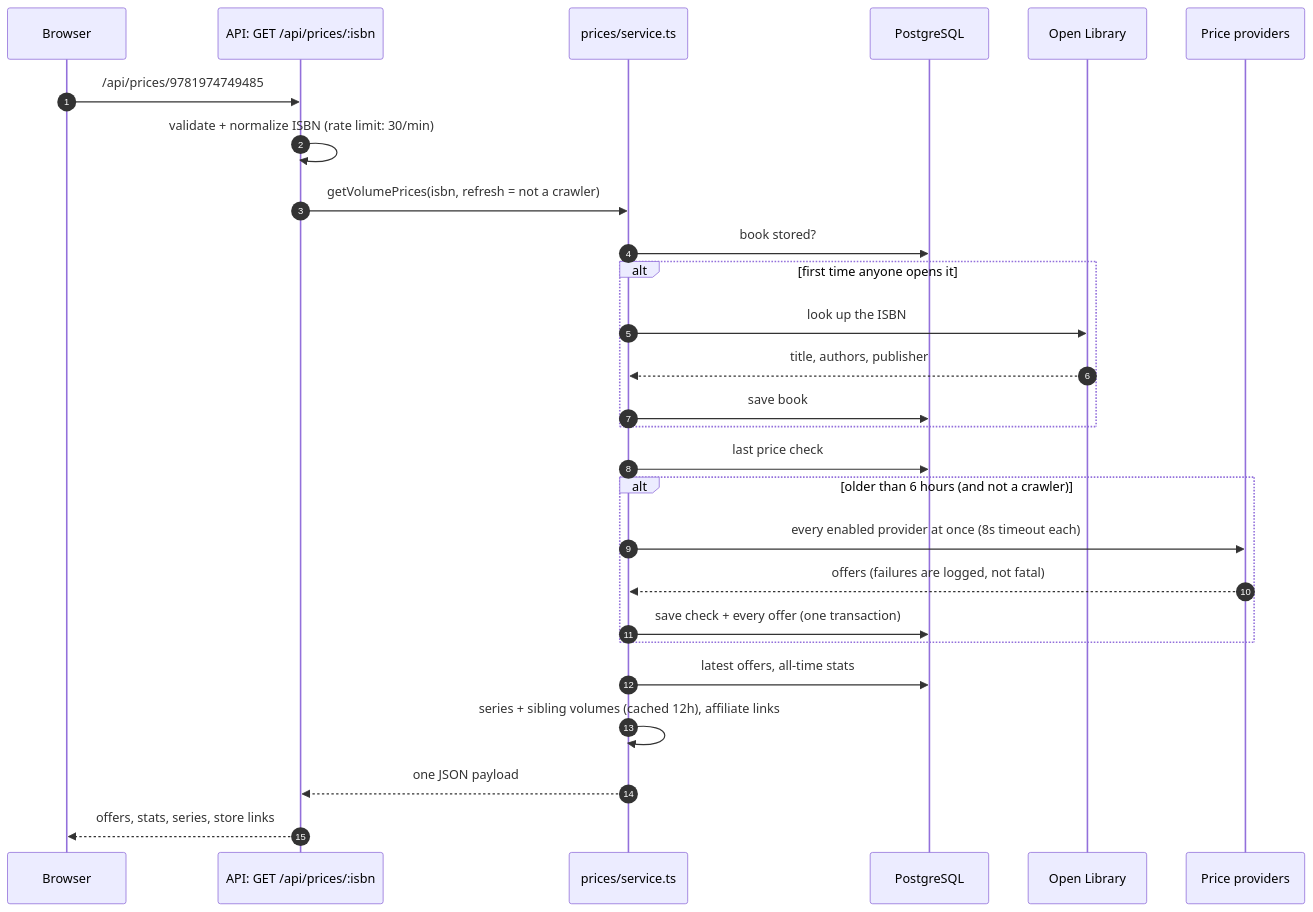
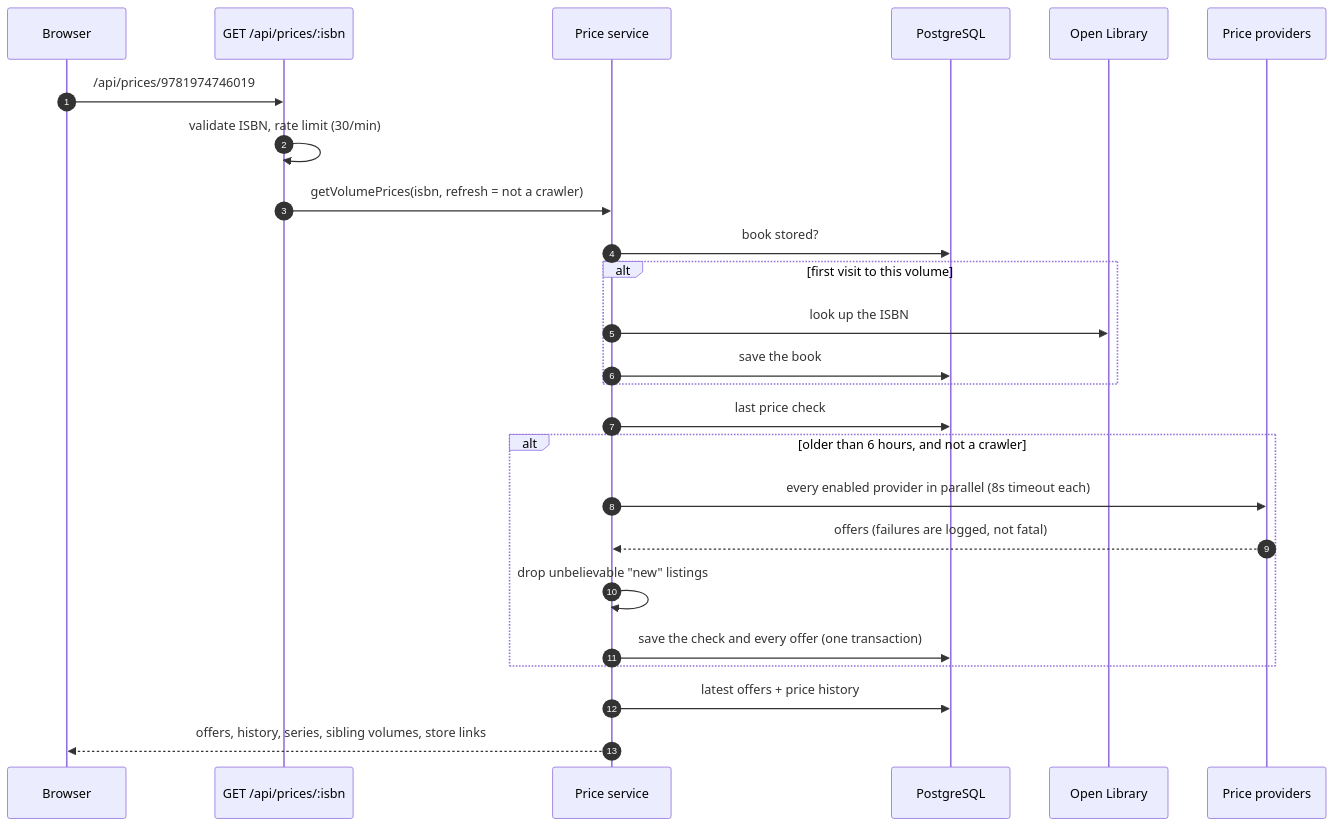
The third of 6 diagrams in README.md (Shriyashzzz/mangaTracker), drawn with Mermaid before and after one commit. The commit also changed other lines of this file and 1 other file, not shown here.

````diff
--- a/README.md
+++ b/README.md
@@ -107,30 +123,28 @@
 ```mermaid
 sequenceDiagram
   autonumber
   participant B as Browser
-  participant A as API: GET /api/prices/:isbn
-  participant S as prices/service.ts
+  participant A as GET /api/prices/:isbn
+  participant S as Price service
   participant DB as PostgreSQL
   participant OL as Open Library
   participant P as Price providers
 
-  B->>A: /api/prices/9781974749485
-  A->>A: validate + normalize ISBN (rate limit: 30/min)
+  B->>A: /api/prices/9781974746019
+  A->>A: validate ISBN, rate limit (30/min)
   A->>S: getVolumePrices(isbn, refresh = not a crawler)
   S->>DB: book stored?
-  alt first time anyone opens it
+  alt first visit to this volume
     S->>OL: look up the ISBN
-    OL-->>S: title, authors, publisher
-    S->>DB: save book
+    S->>DB: save the book
   end
   S->>DB: last price check
-  alt older than 6 hours (and not a crawler)
-    S->>P: every enabled provider at once (8s timeout each)
+  alt older than 6 hours, and not a crawler
+    S->>P: every enabled provider in parallel (8s timeout each)
     P-->>S: offers (failures are logged, not fatal)
-    S->>DB: save check + every offer (one transaction)
+    S->>S: drop unbelievable "new" listings
+    S->>DB: save the check and every offer (one transaction)
   end
-  S->>DB: latest offers, all-time stats
-  S->>S: series + sibling volumes (cached 12h), affiliate links
-  S-->>A: one JSON payload
-  A-->>B: offers, stats, series, store links
+  S->>DB: latest offers + price history
+  S-->>B: offers, history, series, sibling volumes, store links
 ```
````
